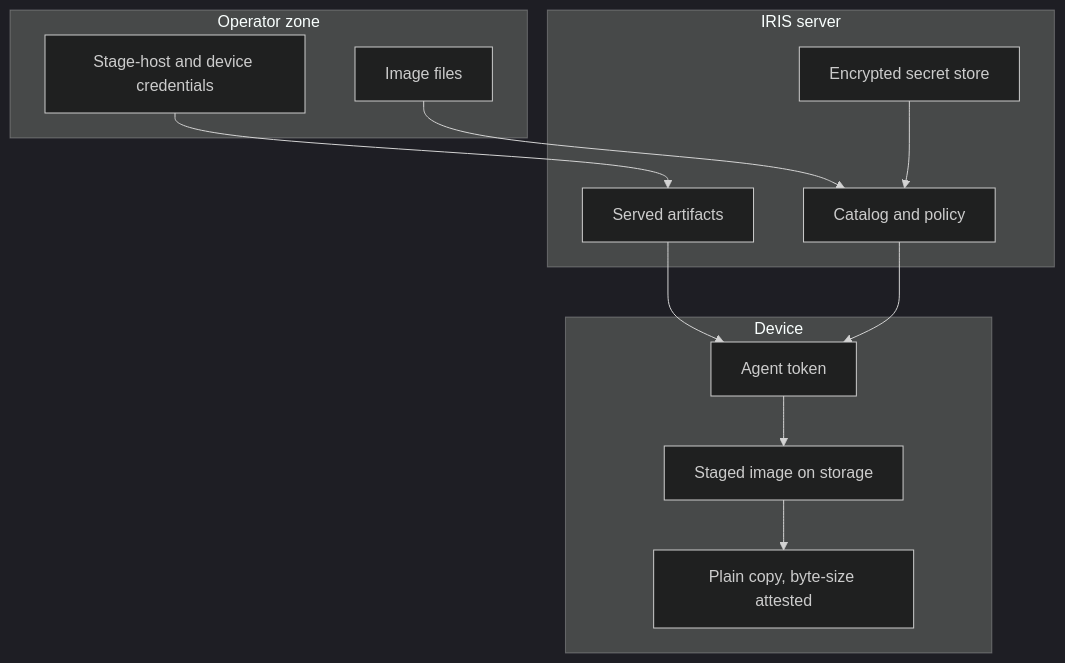
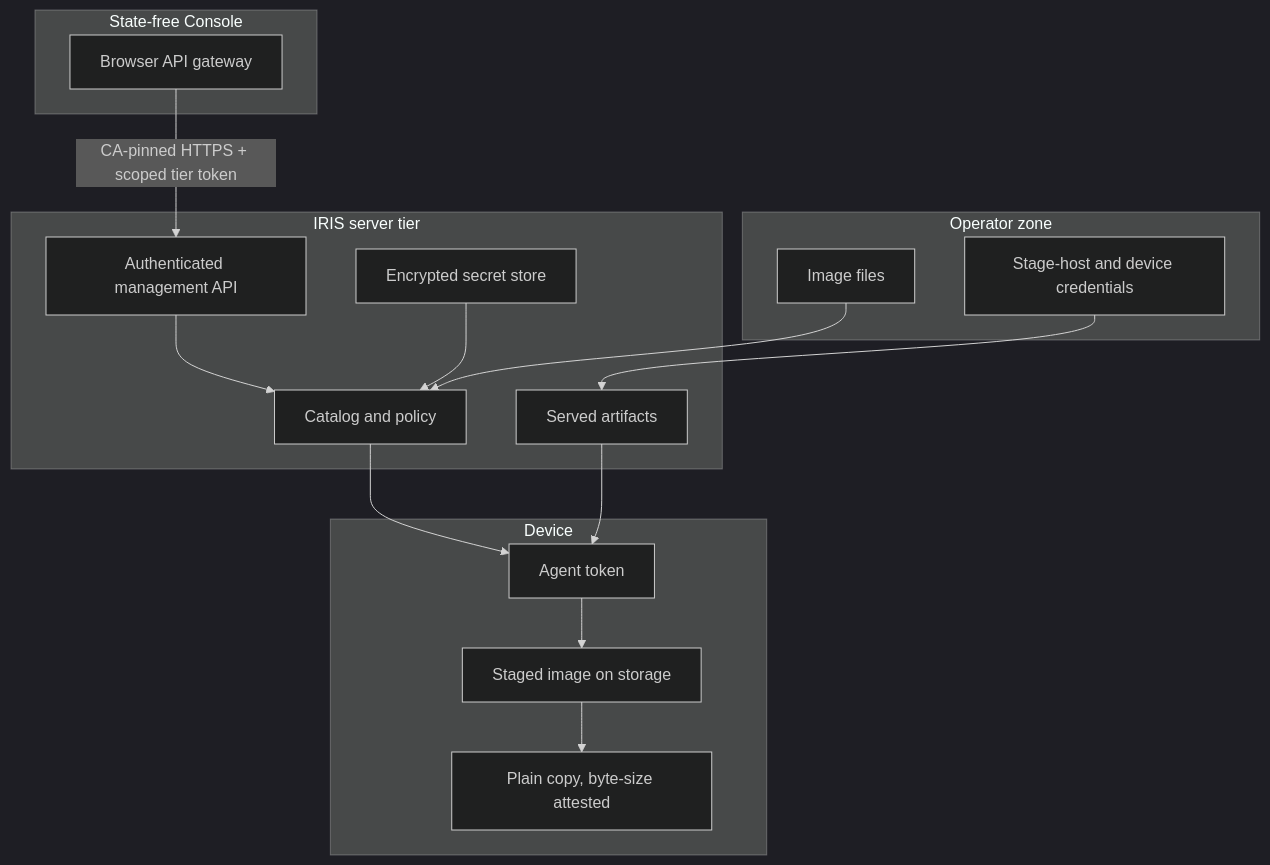
Before and after one commit to cisco-open/intelligent-release-image-staging: the diagram in docs/zensical/security.md, drawn with Mermaid (dark theme). The commit also changed other lines of this file and 142 other files, not shown here.

Commit message:
Unify device image and split console tier

````diff
--- a/docs/zensical/security.md
+++ b/docs/zensical/security.md
@@ -85,25 +86,31 @@
 ```mermaid
 flowchart TB
     subgraph OperatorZone["Operator zone"]
         Images["Image files"]
         Credentials["Stage-host and device credentials"]
     end
-    subgraph ServerZone["IRIS server"]
+    subgraph ConsoleZone["State-free Console"]
+        BrowserApi["Browser API gateway"]
+    end
+    subgraph ServerZone["IRIS server tier"]
+        Management["Authenticated management API"]
         Catalog["Catalog and policy"]
         Secrets["Encrypted secret store"]
         Artifacts["Served artifacts"]
     end
     subgraph DeviceZone["Device"]
         Agent["Agent token"]
         Flash["Staged image on storage"]
         IOS["Plain copy, byte-size attested"]
     end
 
+    BrowserApi -->|"CA-pinned HTTPS + scoped tier token"| Management
+    Management --> Catalog
     Images --> Catalog
     Credentials --> Artifacts
     Secrets --> Catalog
     Artifacts --> Agent
     Catalog --> Agent
     Agent --> Flash
     Flash --> IOS
 ```
````
